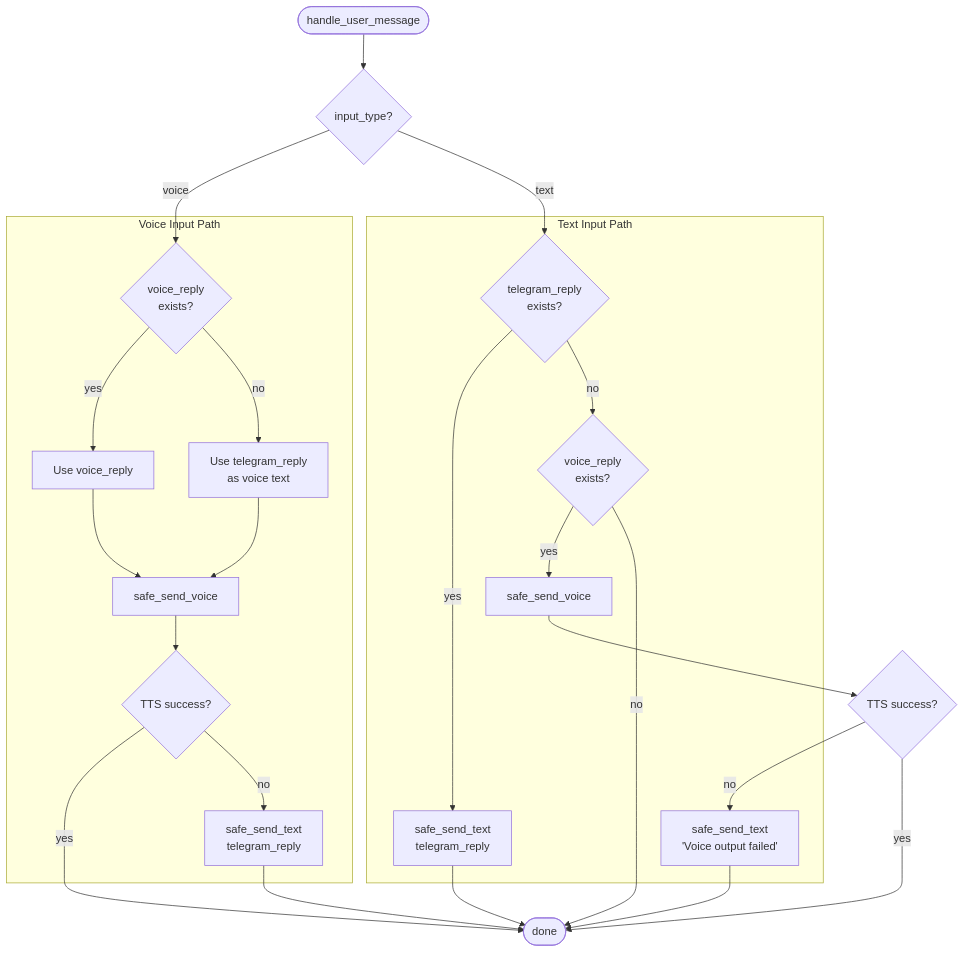
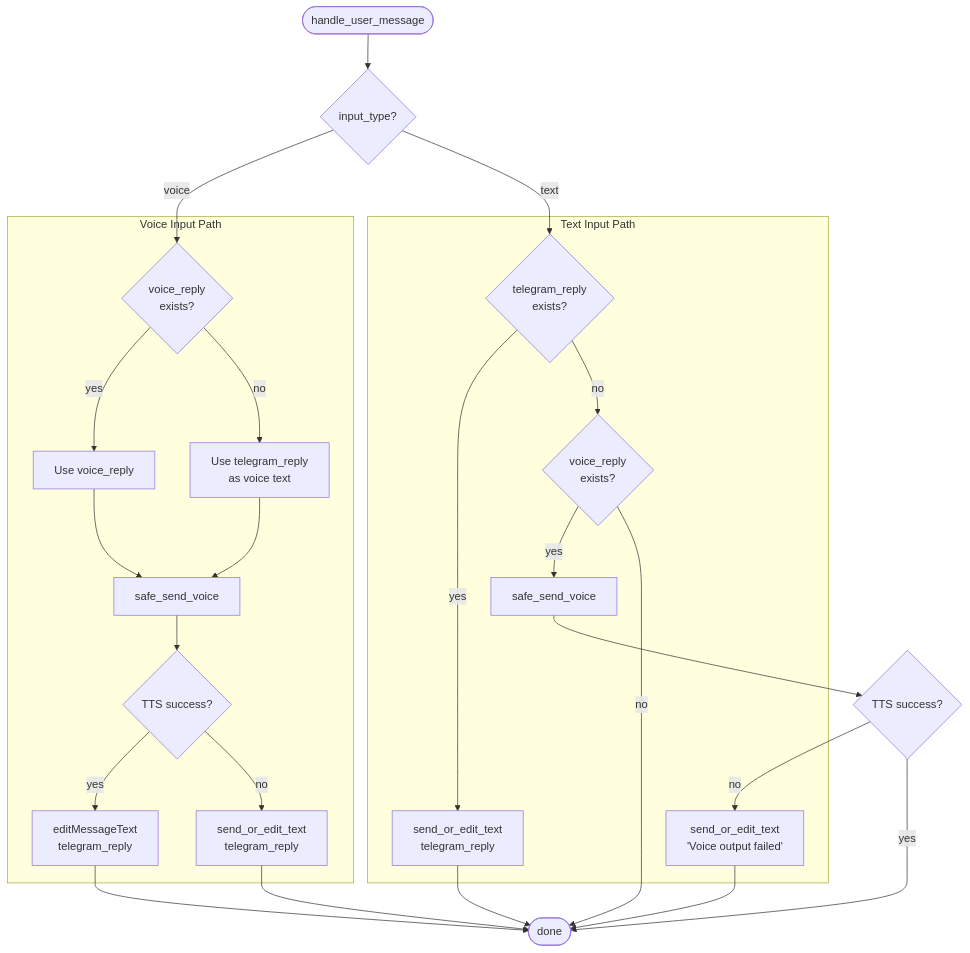
The fifth of 9 diagrams in README.md (lsj5031/ShellClaw), drawn with Mermaid before and after one commit. The commit also changed other lines of this file and 2 other files, not shown here.

First line of the commit message:
feat: live Telegram progress updates + typing indicator

````diff
--- a/README.md
+++ b/README.md
@@ -178,39 +281,40 @@
 ```mermaid
 flowchart TB
     START([handle_user_message])
     INPUT_TYPE{input_type?}
     
     subgraph Voice_Path["Voice Input Path"]
         HAS_VOICE{voice_reply<br/>exists?}
         USE_VR[Use voice_reply]
         USE_TR_V[Use telegram_reply<br/>as voice text]
         TTS_CALL[safe_send_voice]
         TTS_OK{TTS success?}
-        FALLBACK_V[safe_send_text<br/>telegram_reply]
+        EDIT_PROGRESS_V[editMessageText<br/>telegram_reply]
+        FALLBACK_V[send_or_edit_text<br/>telegram_reply]
     end
     
     subgraph Text_Path["Text Input Path"]
         HAS_TG{telegram_reply<br/>exists?}
-        SEND_TG[safe_send_text<br/>telegram_reply]
+        EDIT_TG[send_or_edit_text<br/>telegram_reply]
         HAS_VR_T{voice_reply<br/>exists?}
         TTS_T[safe_send_voice]
-        FAIL_T["safe_send_text<br/>'Voice output failed'"]
+        FAIL_T["send_or_edit_text<br/>'Voice output failed'"]
     end
     
     START --> INPUT_TYPE
     INPUT_TYPE -->|"voice"| HAS_VOICE
     INPUT_TYPE -->|"text"| HAS_TG
     
     HAS_VOICE -->|"yes"| USE_VR --> TTS_CALL
     HAS_VOICE -->|"no"| USE_TR_V --> TTS_CALL
     TTS_CALL --> TTS_OK
-    TTS_OK -->|"yes"| DONE([done])
+    TTS_OK -->|"yes"| EDIT_PROGRESS_V --> DONE([done])
     TTS_OK -->|"no"| FALLBACK_V --> DONE
     
-    HAS_TG -->|"yes"| SEND_TG --> DONE
+    HAS_TG -->|"yes"| EDIT_TG --> DONE
     HAS_TG -->|"no"| HAS_VR_T
     HAS_VR_T -->|"yes"| TTS_T --> TTS_OK2{TTS success?}
     TTS_OK2 -->|"yes"| DONE
     TTS_OK2 -->|"no"| FAIL_T --> DONE
     HAS_VR_T -->|"no"| DONE
 ```
````
